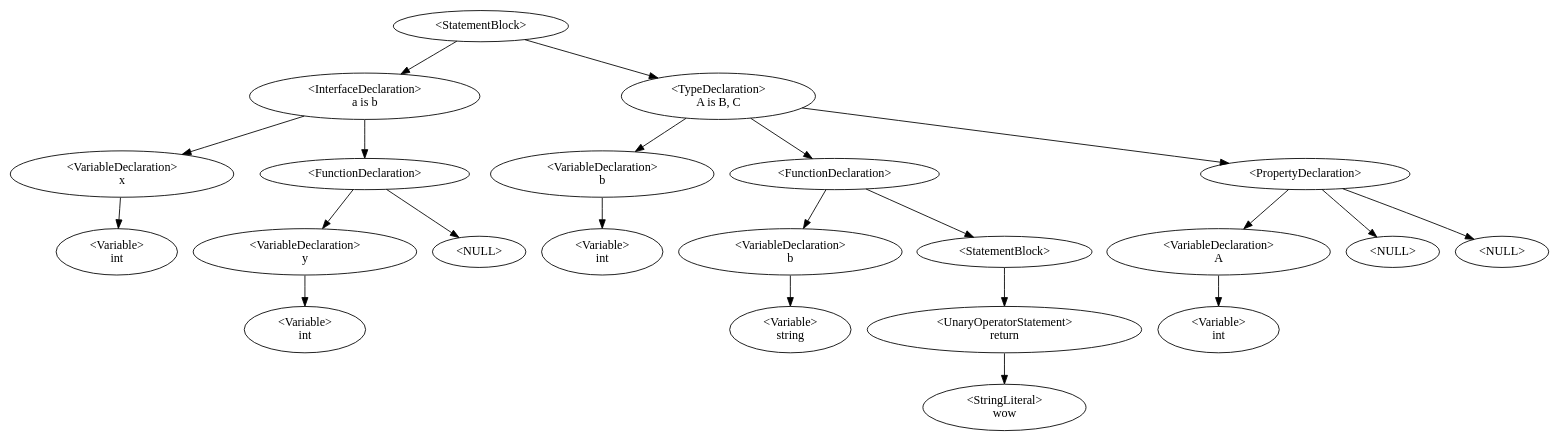
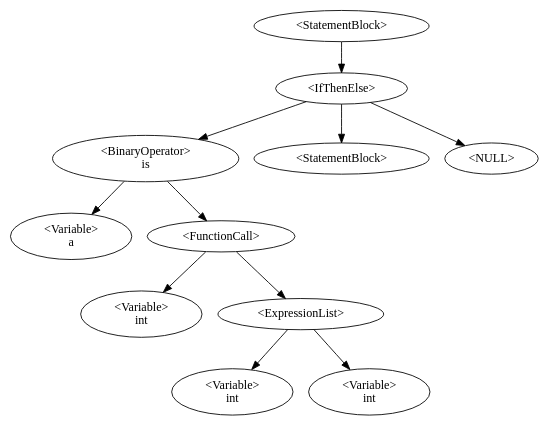
Before and after one commit to QazmoQwerty/dino: the diagram in Dino/Dino/AstDisplay.gv, drawn with Graphviz. The commit also changed 7 other files, not shown here.

```diff
--- a/Dino/Dino/AstDisplay.gv
+++ b/Dino/Dino/AstDisplay.gv
@@ -1,21 +1,12 @@
 digraph G {
-0 [label="<StatementBlock>"];0->1;0->7;
-1 [label="<InterfaceDeclaration>\na is b"];1->3;1->6;
-3 [label="<VariableDeclaration>\nx"];3->2;
-2 [label="<Variable>\nint"];
-6 [label="<FunctionDeclaration>\n"];6->5;6->-1;-1 [label="<NULL>"];
-5 [label="<VariableDeclaration>\ny"];5->4;
+0 [label="<StatementBlock>"];0->1;
+1 [label="<IfThenElse>"];1->3;1->9;1->-1;-1 [label="<NULL>"];
+3 [label="<BinaryOperator>\nis"];3->2;3->5;
+2 [label="<Variable>\na"];
+5 [label="<FunctionCall>\n"];5->4;5->7;
 4 [label="<Variable>\nint"];
-7 [label="<TypeDeclaration>\nA is B, C"];7->12;7->15;7->10;
-12 [label="<VariableDeclaration>\nb"];12->11;
-11 [label="<Variable>\nint"];
-15 [label="<FunctionDeclaration>\n"];15->14;15->16;
-14 [label="<VariableDeclaration>\nb"];14->13;
-13 [label="<Variable>\nstring"];
-16 [label="<StatementBlock>"];16->17;
-17 [label="<UnaryOperatorStatement>\nreturn"];17->18;
-18 [label="<StringLiteral>\nwow"];
-10 [label="<PropertyDeclaration>"];10->9;10->-2;-2 [label="<NULL>"];10->-3;-3 [label="<NULL>"];
-9 [label="<VariableDeclaration>\nA"];9->8;
+7 [label="<ExpressionList>"];7->6;7->8;
+6 [label="<Variable>\nint"];
 8 [label="<Variable>\nint"];
+9 [label="<StatementBlock>"];
 }
```
